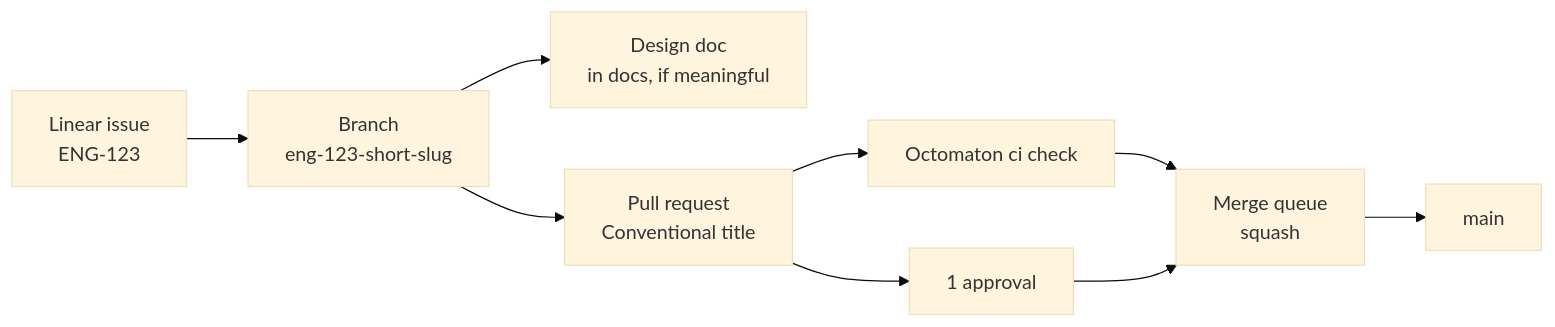
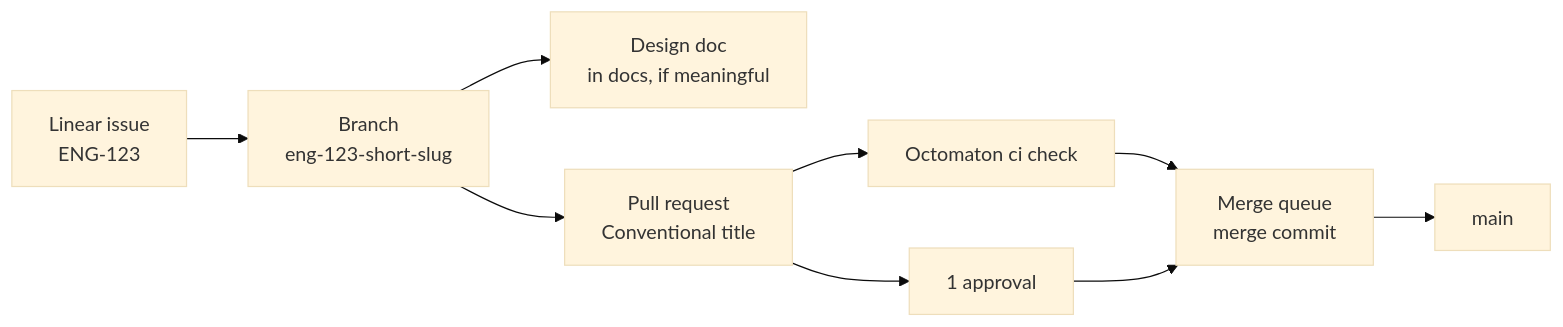
Before and after one commit to arikkfir-org/docs: the diagram in CONTRIBUTING.md, drawn with Mermaid (base theme). The commit also changed other lines of this file and 1 other file, not shown here.

First line of the commit message:
docs: describe merge commits, not squash merges

````diff
--- a/CONTRIBUTING.md
+++ b/CONTRIBUTING.md
@@ -8,11 +8,11 @@
 ```mermaid
 flowchart LR
   L[Linear issue<br/>ENG-123] --> B[Branch<br/>eng-123-short-slug]
   B --> D[Design doc<br/>in docs, if meaningful]
   B --> P[Pull request<br/>Conventional title]
   P --> C[Octomaton ci check]
   P --> R[1 approval]
-  C --> Q[Merge queue<br/>squash]
+  C --> Q[Merge queue<br/>merge commit]
   R --> Q
   Q --> M[main]
 ```
````
